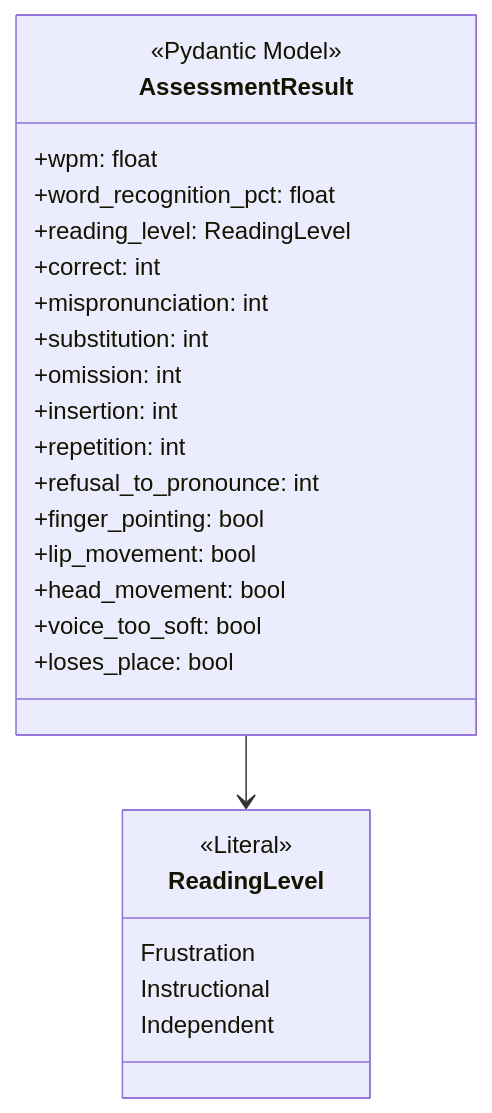
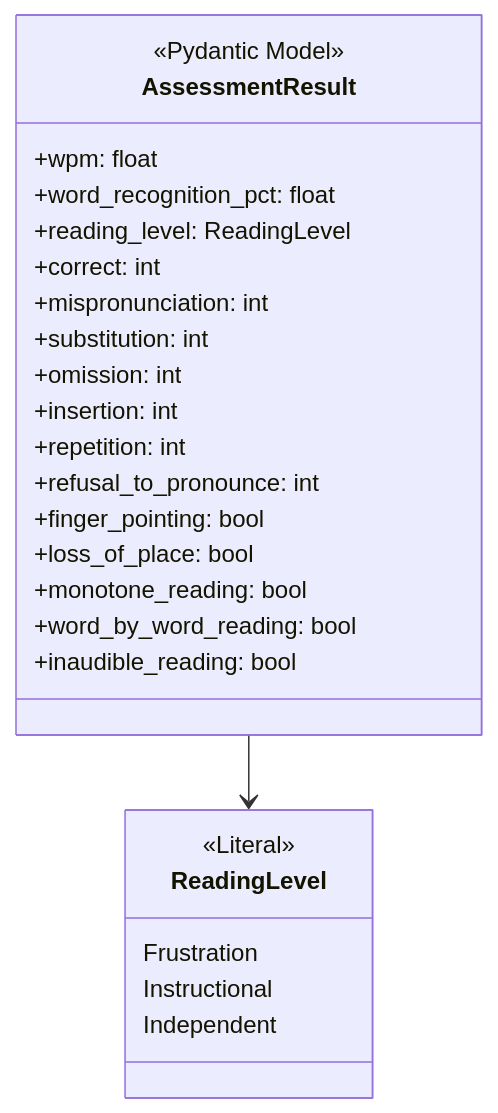
One commit to ChristianNemeno/SE-Module-02 changed the first of 5 diagrams in docs/uml/class/models.md. Above: the diagram before and after it, drawn with Mermaid. The commit also changed other lines of this file and 5 other files, not shown here.

````diff
--- a/docs/uml/class/models.md
+++ b/docs/uml/class/models.md
@@ -5,28 +5,28 @@
 ```mermaid
 classDiagram
     class AssessmentResult {
         <<Pydantic Model>>
         +wpm: float
         +word_recognition_pct: float
         +reading_level: ReadingLevel
         +correct: int
         +mispronunciation: int
         +substitution: int
         +omission: int
         +insertion: int
         +repetition: int
         +refusal_to_pronounce: int
         +finger_pointing: bool
-        +lip_movement: bool
-        +head_movement: bool
-        +voice_too_soft: bool
-        +loses_place: bool
+        +loss_of_place: bool
+        +monotone_reading: bool
+        +word_by_word_reading: bool
+        +inaudible_reading: bool
     }
     class ReadingLevel {
         <<Literal>>
         Frustration
         Instructional
         Independent
     }
     AssessmentResult --> ReadingLevel
 ```
````
